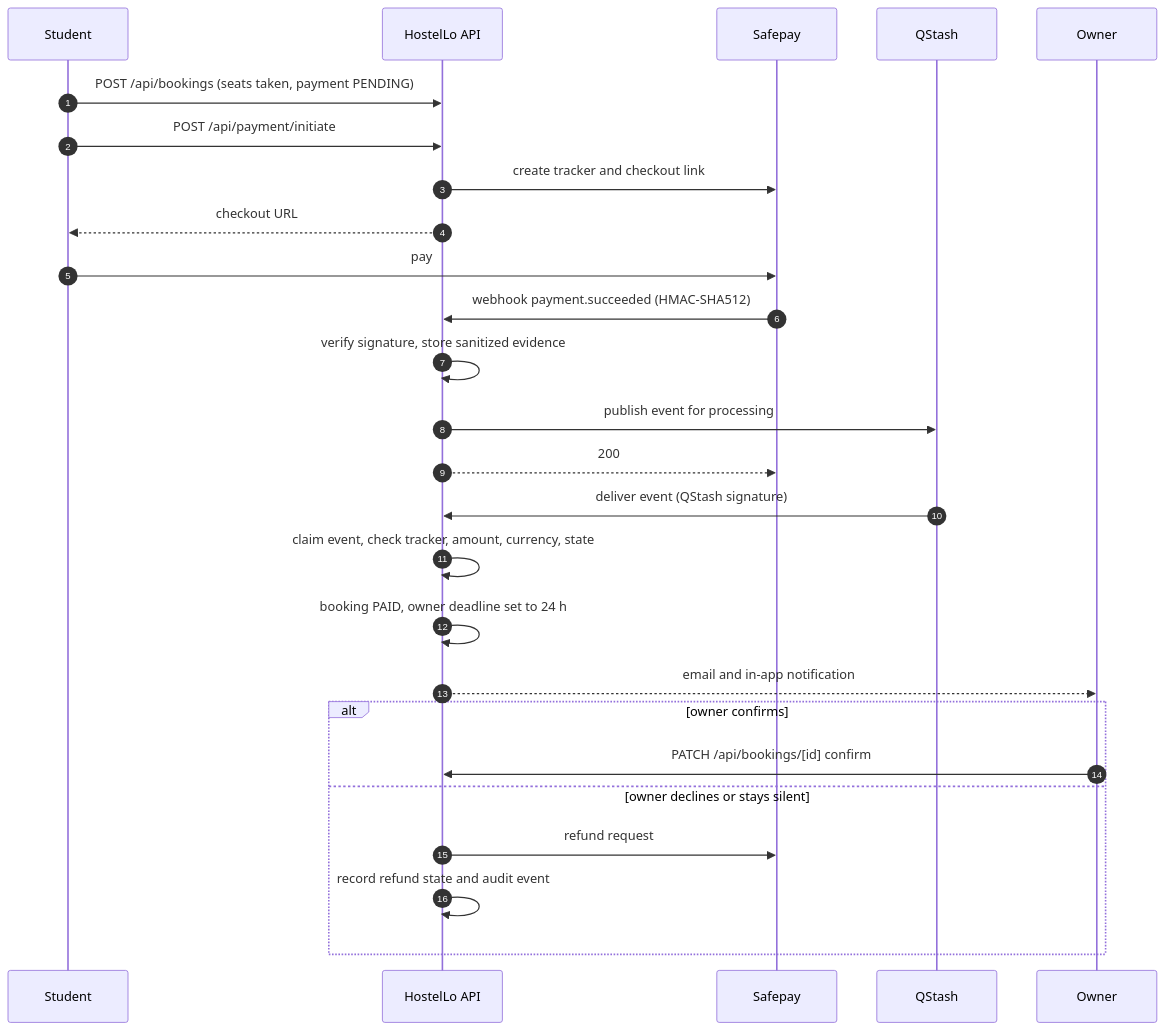
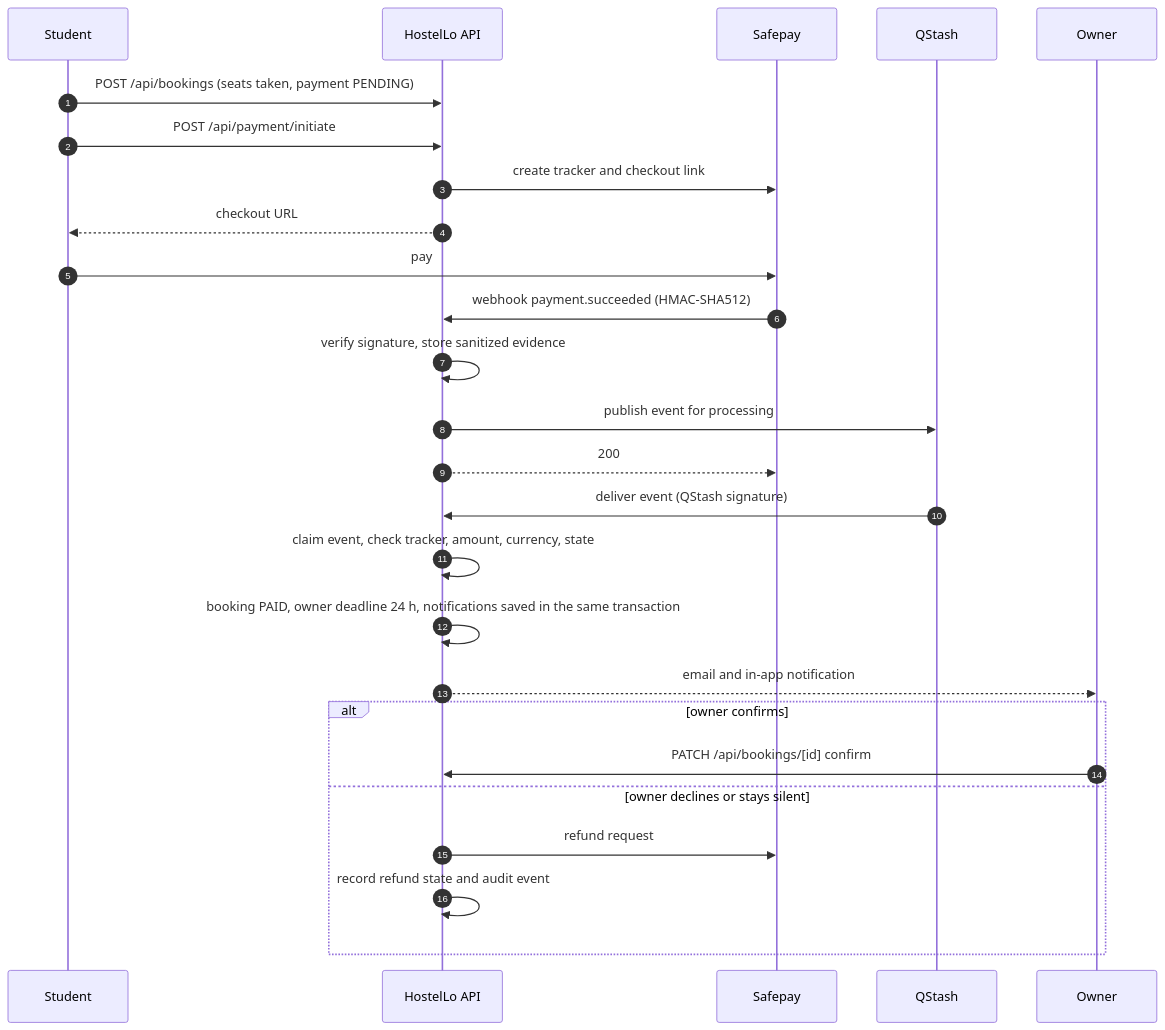
The fourth of 8 diagrams in SYSTEM.md (absangi00911-beep/hostello), drawn with Mermaid before and after one commit. The commit also changed other lines of this file and 30 other files, not shown here.

````diff
--- a/SYSTEM.md
+++ b/SYSTEM.md
@@ -330,28 +331,28 @@
 ```mermaid
 sequenceDiagram
   autonumber
   participant S as Student
   participant API as HostelLo API
   participant SP as Safepay
   participant Q as QStash
   participant O as Owner
   S->>API: POST /api/bookings (seats taken, payment PENDING)
   S->>API: POST /api/payment/initiate
   API->>SP: create tracker and checkout link
   API-->>S: checkout URL
   S->>SP: pay
   SP->>API: webhook payment.succeeded (HMAC-SHA512)
   API->>API: verify signature, store sanitized evidence
   API->>Q: publish event for processing
   API-->>SP: 200
   Q->>API: deliver event (QStash signature)
   API->>API: claim event, check tracker, amount, currency, state
-  API->>API: booking PAID, owner deadline set to 24 h
+  API->>API: booking PAID, owner deadline 24 h, notifications saved in the same transaction
   API-->>O: email and in-app notification
   alt owner confirms
     O->>API: PATCH /api/bookings/[id] confirm
   else owner declines or stays silent
     API->>SP: refund request
     API->>API: record refund state and audit event
   end
 ```
````
